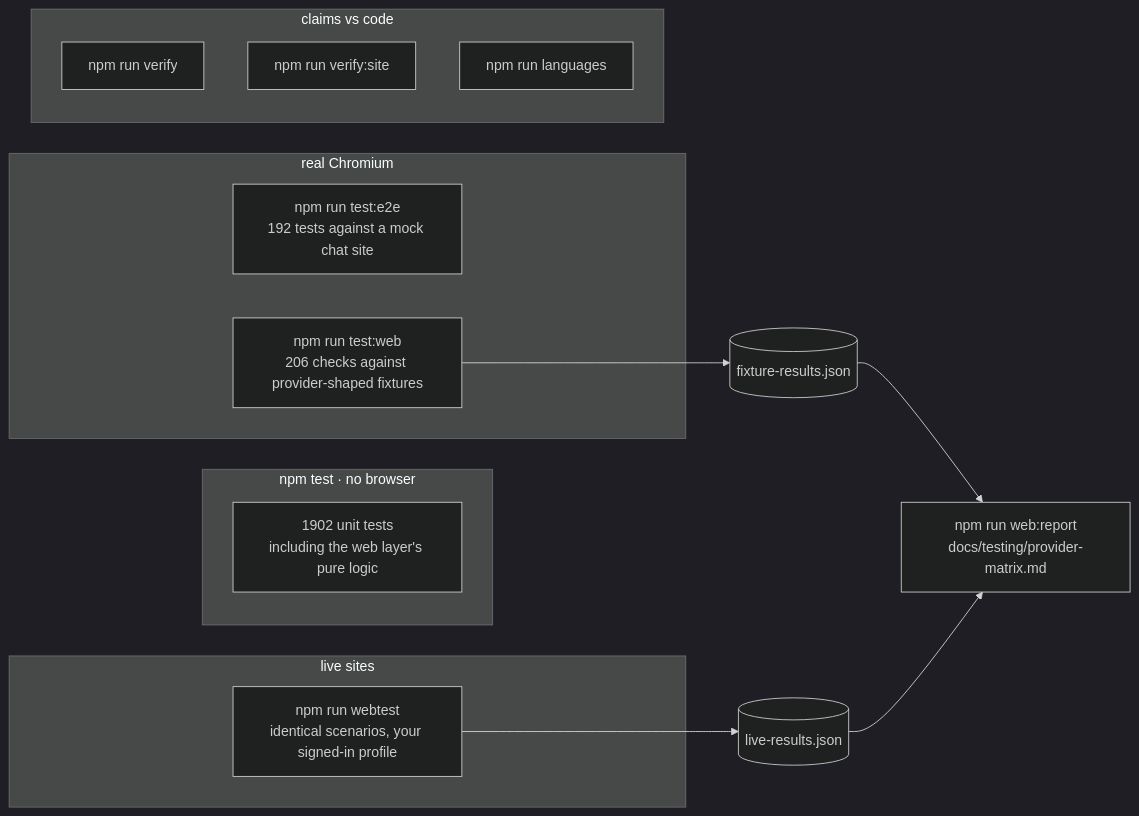
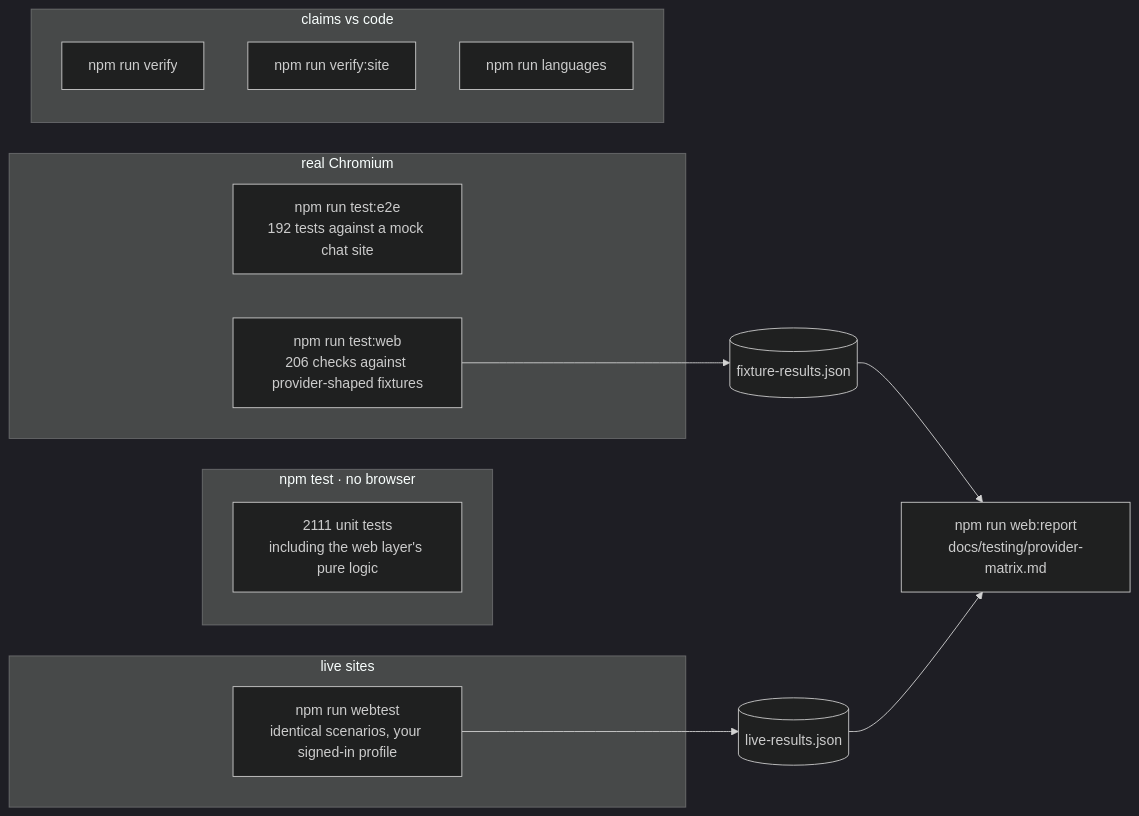
Before and after one commit to siddarth1872004/CloseNI: the eighth of 9 diagrams in README.md, drawn with Mermaid (dark theme). The commit also changed other lines of this file and 19 other files, not shown here.

````diff
--- a/README.md
+++ b/README.md
@@ -593,21 +593,21 @@
 ```mermaid
 flowchart LR
     subgraph unit["npm test · no browser"]
-        U1["1902 unit tests<br/>including the web layer's pure logic"]
+        U1["2111 unit tests<br/>including the web layer's pure logic"]
     end
     subgraph browser["real Chromium"]
         E2E["npm run test:e2e<br/>192 tests against a mock chat site"]
         WEB["npm run test:web<br/>206 checks against provider-shaped fixtures"]
     end
     subgraph live["live sites"]
         WT["npm run webtest<br/>identical scenarios, your signed-in profile"]
     end
     subgraph meta["claims vs code"]
         VF["npm run verify"]
         VV["npm run verify:site"]
         LG["npm run languages"]
     end
     WEB --> FR[("fixture-results.json")]
     WT --> LR[("live-results.json")]
     FR & LR --> REP["npm run web:report<br/>docs/testing/provider-matrix.md"]
 ```
````
